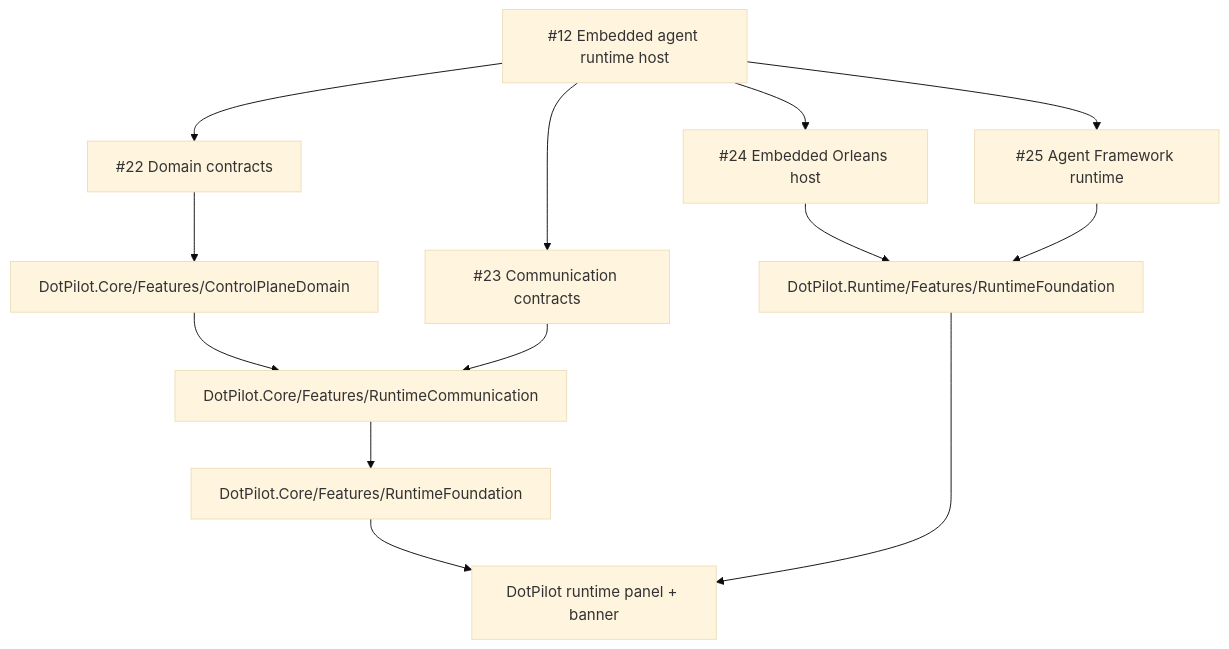
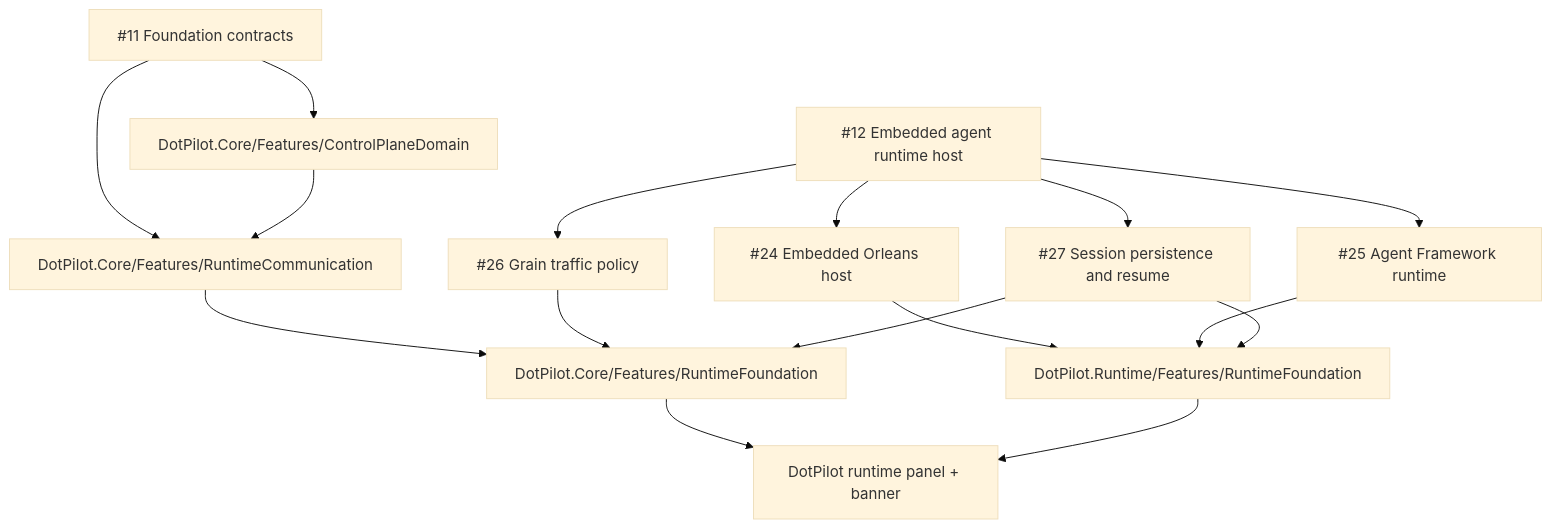
One commit to managedcode/dotPilot changed the fifth of 6 diagrams in docs/Architecture.md. Above: the diagram before and after it, drawn with Mermaid (base theme). The commit also changed other lines of this file and 8 other files, not shown here.

Commit message:
Finalize foundation contracts epic

````diff
--- a/docs/Architecture.md
+++ b/docs/Architecture.md
@@ -128,26 +152,30 @@
 ```mermaid
 flowchart TD
   Epic["#12 Embedded agent runtime host"]
-  Domain["#22 Domain contracts"]
-  Comm["#23 Communication contracts"]
   Host["#24 Embedded Orleans host"]
   MAF["#25 Agent Framework runtime"]
+  Policy["#26 Grain traffic policy"]
+  Sessions["#27 Session persistence and resume"]
+  Foundation["#11 Foundation contracts"]
   DomainSlice["DotPilot.Core/Features/ControlPlaneDomain"]
   CommunicationSlice["DotPilot.Core/Features/RuntimeCommunication"]
   CoreSlice["DotPilot.Core/Features/RuntimeFoundation"]
   RuntimeSlice["DotPilot.Runtime/Features/RuntimeFoundation"]
   UiSlice["DotPilot runtime panel + banner"]
 
-  Epic --> Domain
-  Epic --> Comm
+  Foundation --> DomainSlice
+  Foundation --> CommunicationSlice
   Epic --> Host
   Epic --> MAF
-  Domain --> DomainSlice
+  Epic --> Policy
+  Epic --> Sessions
   DomainSlice --> CommunicationSlice
   CommunicationSlice --> CoreSlice
-  Comm --> CommunicationSlice
   Host --> RuntimeSlice
   MAF --> RuntimeSlice
+  Policy --> CoreSlice
+  Sessions --> CoreSlice
+  Sessions --> RuntimeSlice
   CoreSlice --> UiSlice
   RuntimeSlice --> UiSlice
 ```
````
